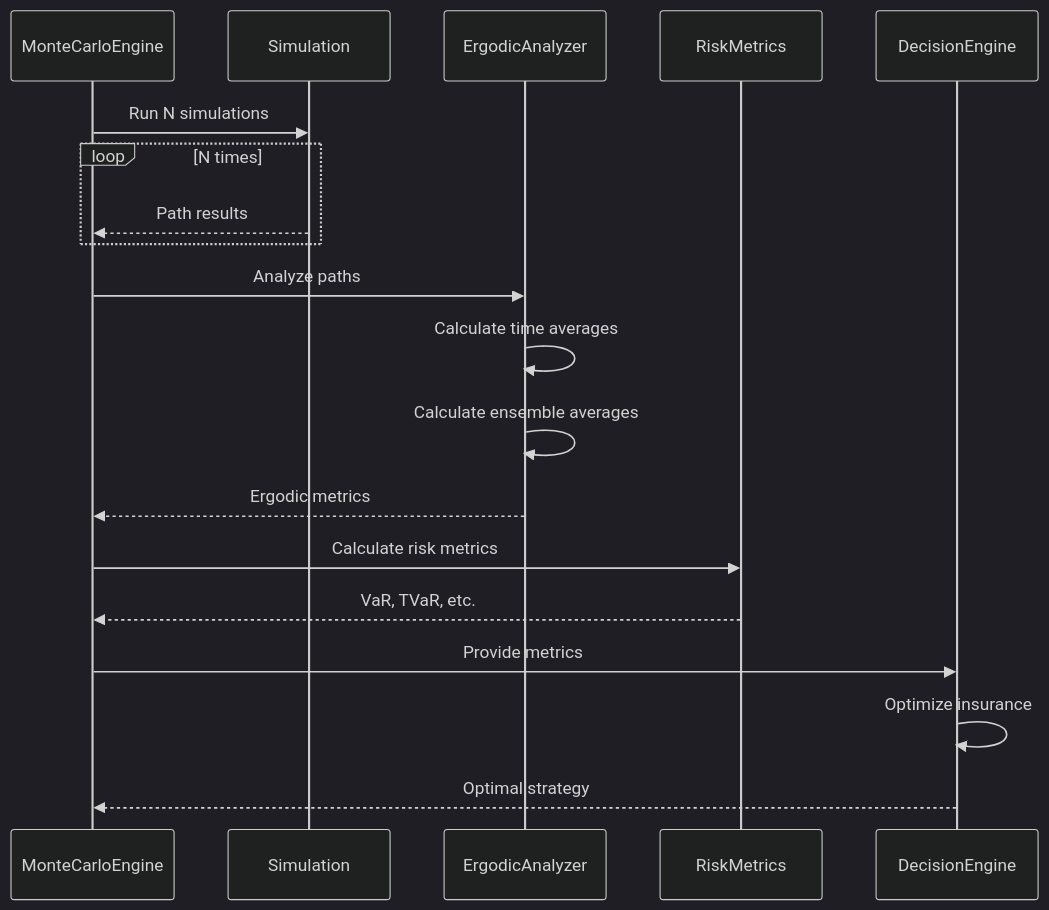
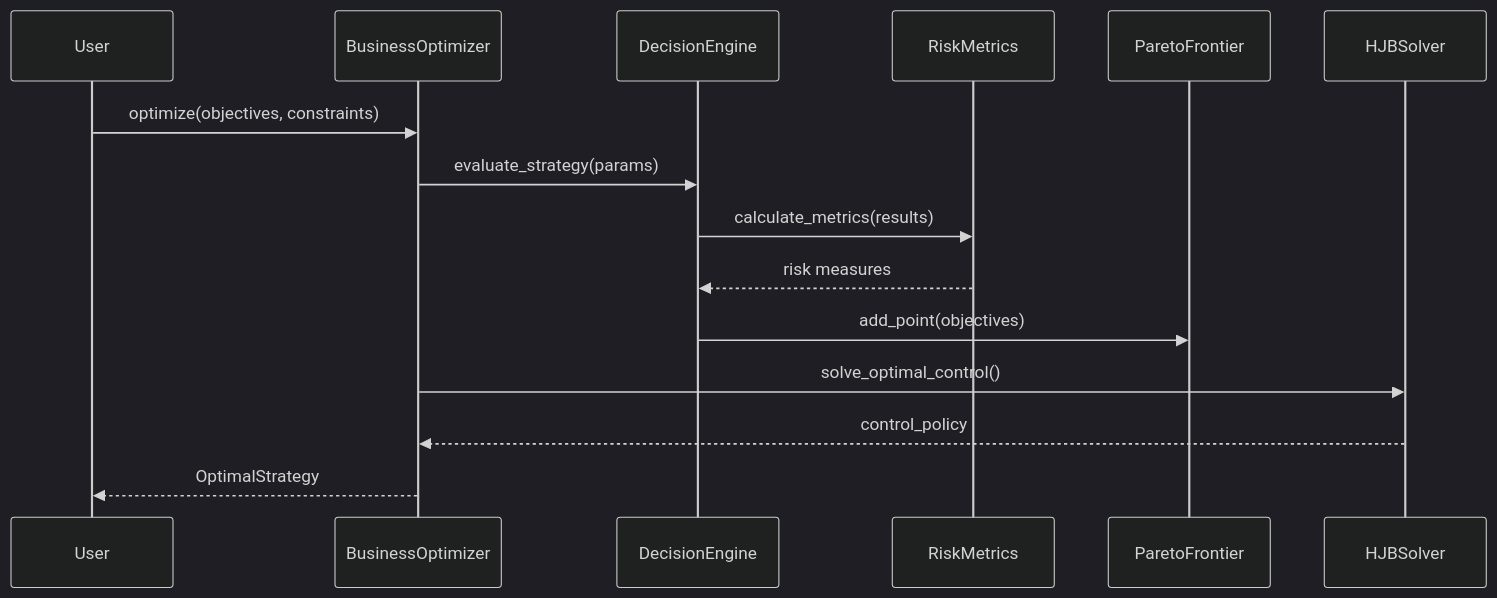
The fifth of 5 diagrams in ergodic_insurance/docs/architecture/module_overview.md (AlexFiliakov/Ergodic-Insurance-Limits), drawn with Mermaid (dark theme) before and after one commit. The commit also changed other lines of this file and 24 other files, not shown here.

````diff
--- a/ergodic_insurance/docs/architecture/module_overview.md
+++ b/ergodic_insurance/docs/architecture/module_overview.md
@@ -146,25 +195,18 @@
 ```mermaid
 sequenceDiagram
-    participant MC as MonteCarloEngine
-    participant Sim as Simulation
-    participant EA as ErgodicAnalyzer
-    participant Risk as RiskMetrics
-    participant DE as DecisionEngine
+    participant User
+    participant BusinessOptimizer
+    participant DecisionEngine
+    participant RiskMetrics
+    participant ParetoFrontier
+    participant HJBSolver
 
-    MC->>Sim: Run N simulations
-    loop N times
-        Sim-->>MC: Path results
-    end
-
-    MC->>EA: Analyze paths
-    EA->>EA: Calculate time averages
-    EA->>EA: Calculate ensemble averages
-    EA-->>MC: Ergodic metrics
-
-    MC->>Risk: Calculate risk metrics
-    Risk-->>MC: VaR, TVaR, etc.
-
-    MC->>DE: Provide metrics
-    DE->>DE: Optimize insurance
-    DE-->>MC: Optimal strategy
+    User->>BusinessOptimizer: optimize(objectives, constraints)
+    BusinessOptimizer->>DecisionEngine: evaluate_strategy(params)
+    DecisionEngine->>RiskMetrics: calculate_metrics(results)
+    RiskMetrics-->>DecisionEngine: risk measures
+    DecisionEngine->>ParetoFrontier: add_point(objectives)
+    BusinessOptimizer->>HJBSolver: solve_optimal_control()
+    HJBSolver-->>BusinessOptimizer: control_policy
+    BusinessOptimizer-->>User: OptimalStrategy
 ```
````
